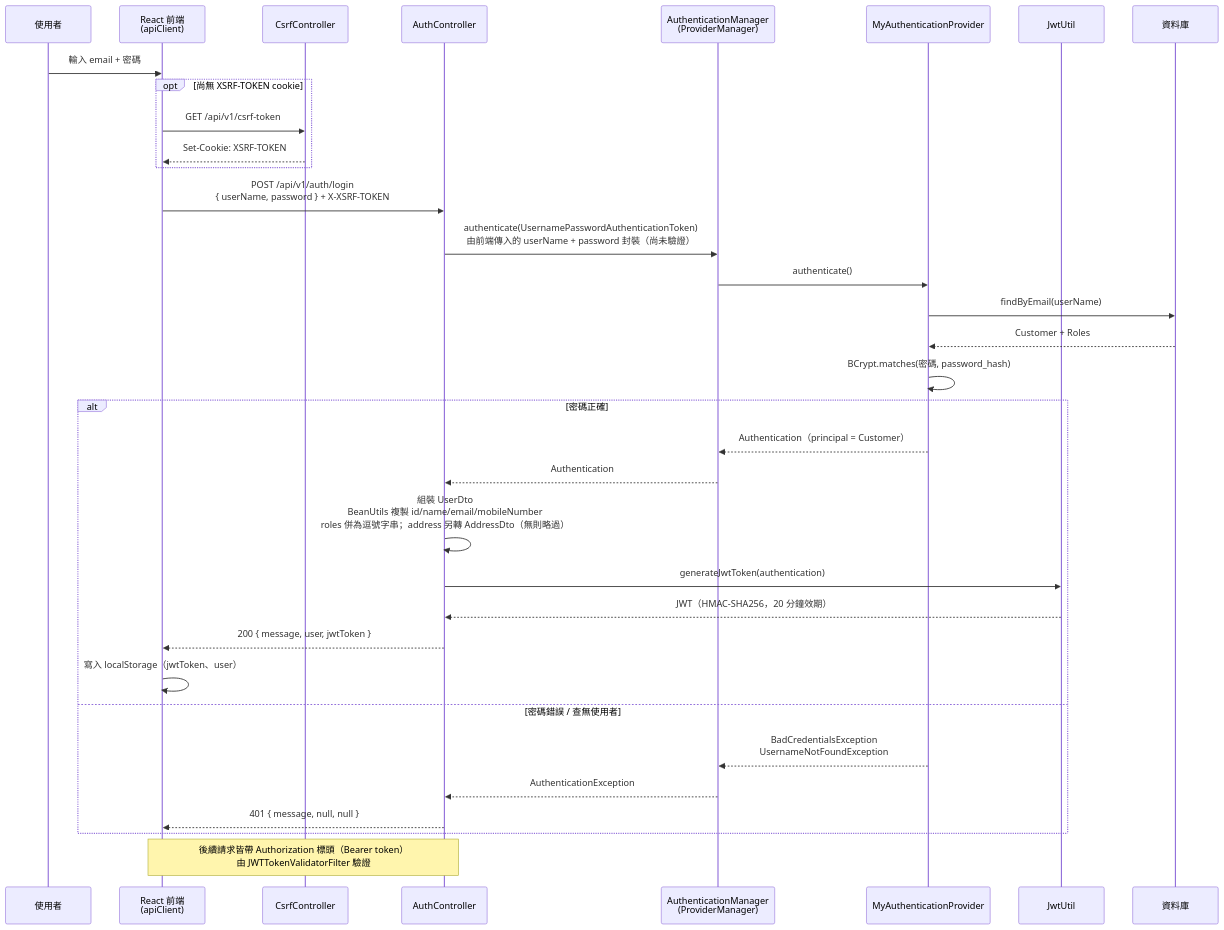
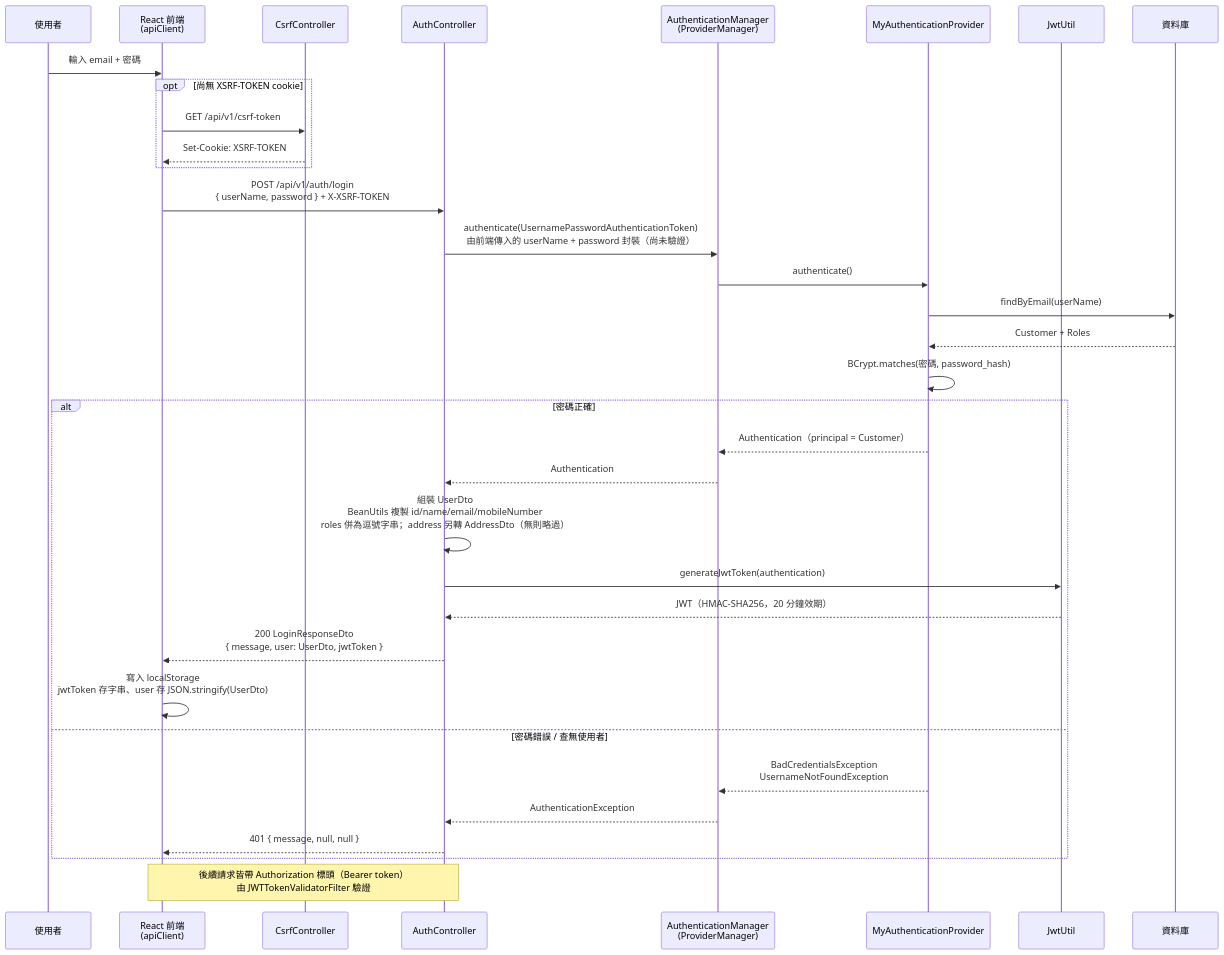
Before and after one commit to tonysk0210/react-springboot-webapp: the second of 5 diagrams in README.md, drawn with Mermaid. The commit also changed 1 other file, not shown here.

````diff
--- a/README.md
+++ b/README.md
@@ -78,38 +78,38 @@
 ```mermaid
 sequenceDiagram
     participant U as 使用者
     participant F as React 前端<br/>(apiClient)
     participant C as CsrfController
     participant A as AuthController
     participant M as AuthenticationManager<br/>(ProviderManager)
     participant P as MyAuthenticationProvider
     participant J as JwtUtil
     participant DB as 資料庫
 
     U->>F: 輸入 email + 密碼
     opt 尚無 XSRF-TOKEN cookie
         F->>C: GET /api/v1/csrf-token
         C-->>F: Set-Cookie: XSRF-TOKEN
     end
     F->>A: POST /api/v1/auth/login<br/>{ userName, password } + X-XSRF-TOKEN
     A->>M: authenticate(UsernamePasswordAuthenticationToken)<br/>由前端傳入的 userName + password 封裝（尚未驗證）
     M->>P: authenticate()
     P->>DB: findByEmail(userName)
     DB-->>P: Customer + Roles
     P->>P: BCrypt.matches(密碼, password_hash)
     alt 密碼正確
         P-->>M: Authentication（principal = Customer）
         M-->>A: Authentication
         A->>A: 組裝 UserDto<br/>BeanUtils 複製 id/name/email/mobileNumber<br/>roles 併為逗號字串；address 另轉 AddressDto（無則略過）
         A->>J: generateJwtToken(authentication)
         J-->>A: JWT（HMAC-SHA256，20 分鐘效期）
-        A-->>F: 200 { message, user, jwtToken }
-        F->>F: 寫入 localStorage（jwtToken、user）
+        A-->>F: 200 LoginResponseDto<br/>{ message, user: UserDto, jwtToken }
+        F->>F: 寫入 localStorage<br/>jwtToken 存字串、user 存 JSON.stringify(UserDto)
     else 密碼錯誤 / 查無使用者
         P-->>M: BadCredentialsException<br/>UsernameNotFoundException
         M-->>A: AuthenticationException
         A-->>F: 401 { message, null, null }
     end
 
     Note over F,A: 後續請求皆帶 Authorization 標頭（Bearer token）<br/>由 JWTTokenValidatorFilter 驗證
 ```
````
